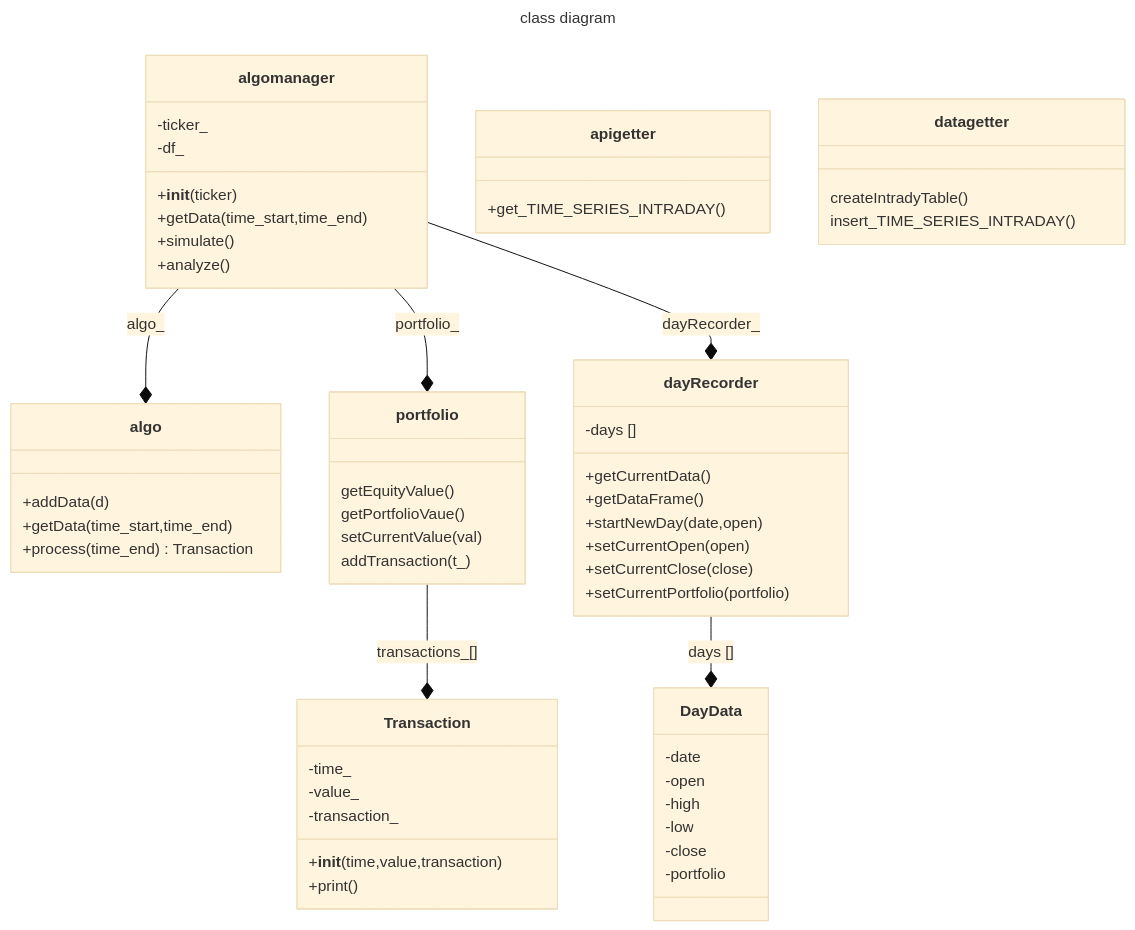
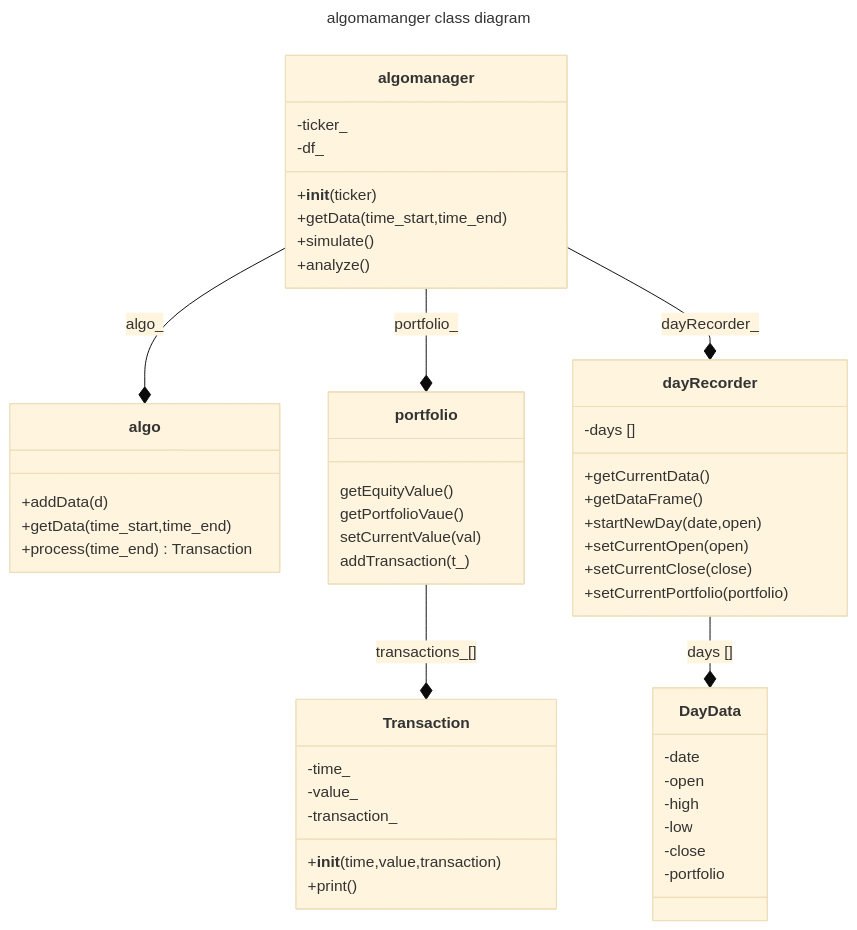
Before and after one commit to DJTakushi/quantplay: the second of 2 diagrams in app/readme.md, drawn with Mermaid (base theme).

Commit message:
data getting factored into new diagram

````diff
--- a/app/readme.md
+++ b/app/readme.md
@@ -1,66 +16,58 @@
 ```mermaid
 ---
-title: class diagram
+title: algomamanger class diagram
 ---
 classDiagram
   class algo{
     +addData(d)
     +getData(time_start,time_end)
     +process(time_end) Transaction
   }
 
   class algomanager{
     -ticker_
     -df_
     +__init__(ticker)
     +getData(time_start,time_end)
     +simulate()
     +analyze()
   }
   algomanager --* algo : algo_
   algomanager --* portfolio : portfolio_
   algomanager --* dayRecorder : dayRecorder_
 
-  class apigetter{
-    +get_TIME_SERIES_INTRADAY()
-  }
-
-  class datagetter{
-    createIntradyTable()
-    insert_TIME_SERIES_INTRADAY()
-  }
   class DayData{
     -date
     -open
     -high
     -low
     -close
     -portfolio
   }
   class dayRecorder{
     -days []
     +getCurrentData()
     +getDataFrame()
     +startNewDay(date,open)
     +setCurrentOpen(open)
     +setCurrentClose(close)
     +setCurrentPortfolio(portfolio)
   }
   dayRecorder --* DayData : days []
 
   class portfolio{
     getEquityValue()
     getPortfolioVaue()
     setCurrentValue(val)
     addTransaction(t_)
   }
   portfolio --* Transaction : transactions_[]
 
   class Transaction{
     -time_
     -value_
     -transaction_
     +__init__(time,value,transaction)
     +print()
   }
 ```
````
